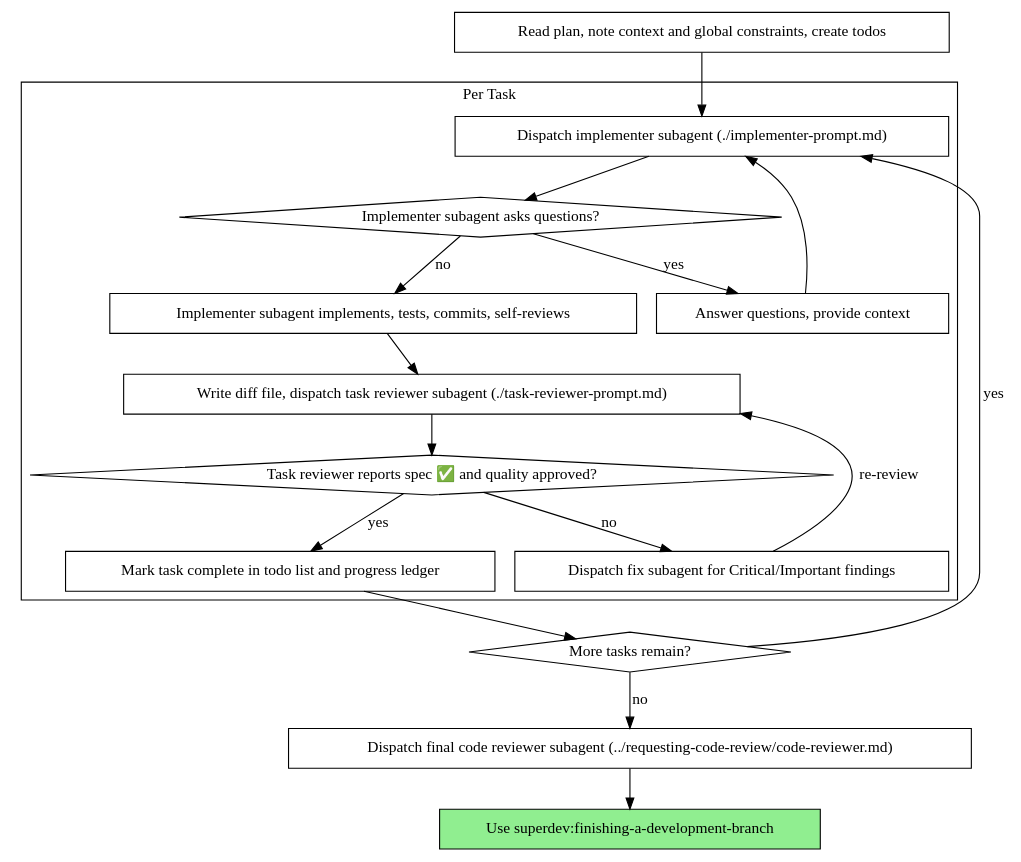
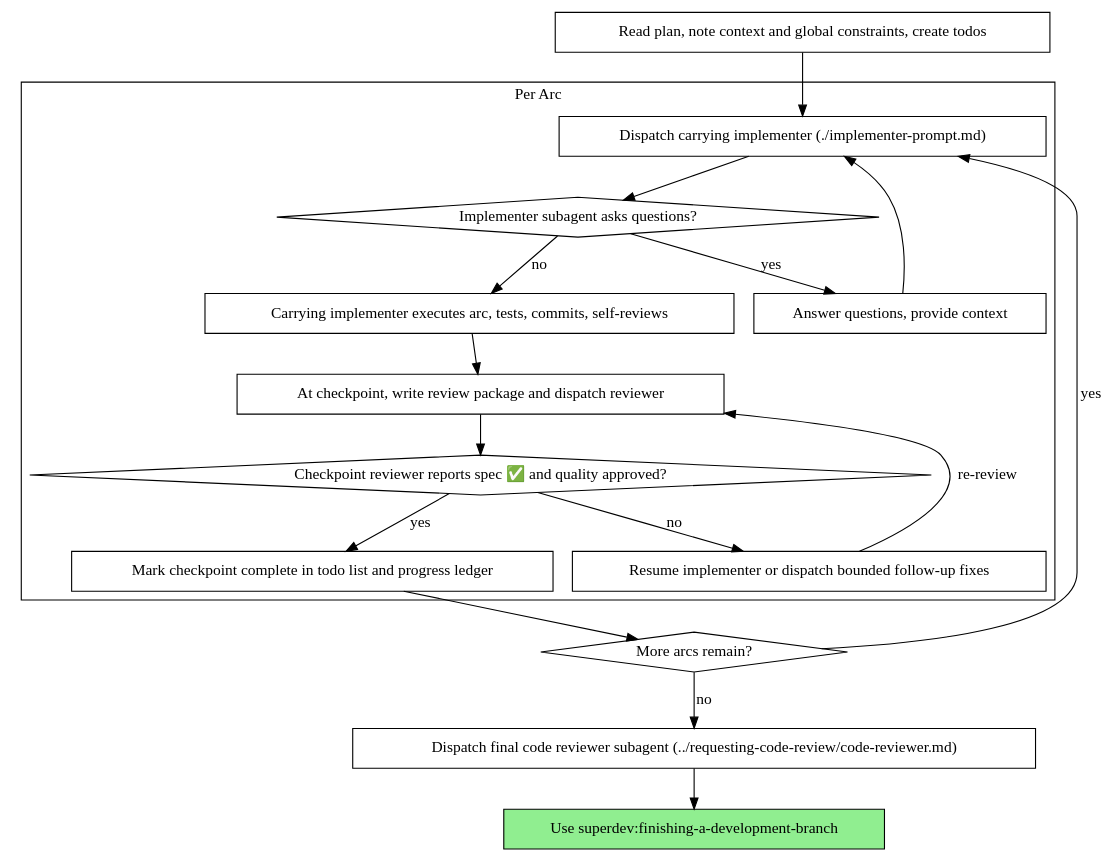
The second of 2 diagrams in skills/subagent-driven-development/SKILL.md (TadasValaitiz/superdev), drawn with Graphviz before and after one commit. The commit also changed other lines of this file and 3 other files, not shown here.

````diff
--- a/skills/subagent-driven-development/SKILL.md
+++ b/skills/subagent-driven-development/SKILL.md
@@ -100,37 +121,37 @@
 ```dot
 digraph process {
     rankdir=TB;
 
-    subgraph cluster_per_task {
-        label="Per Task";
-        "Dispatch implementer subagent (./implementer-prompt.md)" [shape=box];
+    subgraph cluster_per_arc {
+        label="Per Arc";
+        "Dispatch carrying implementer (./implementer-prompt.md)" [shape=box];
         "Implementer subagent asks questions?" [shape=diamond];
         "Answer questions, provide context" [shape=box];
-        "Implementer subagent implements, tests, commits, self-reviews" [shape=box];
-        "Write diff file, dispatch task reviewer subagent (./task-reviewer-prompt.md)" [shape=box];
-        "Task reviewer reports spec ✅ and quality approved?" [shape=diamond];
-        "Dispatch fix subagent for Critical/Important findings" [shape=box];
-        "Mark task complete in todo list and progress ledger" [shape=box];
+        "Carrying implementer executes arc, tests, commits, self-reviews" [shape=box];
+        "At checkpoint, write review package and dispatch reviewer" [shape=box];
+        "Checkpoint reviewer reports spec ✅ and quality approved?" [shape=diamond];
+        "Resume implementer or dispatch bounded follow-up fixes" [shape=box];
+        "Mark checkpoint complete in todo list and progress ledger" [shape=box];
     }
 
     "Read plan, note context and global constraints, create todos" [shape=box];
-    "More tasks remain?" [shape=diamond];
+    "More arcs remain?" [shape=diamond];
     "Dispatch final code reviewer subagent (../requesting-code-review/code-reviewer.md)" [shape=box];
     "Use superdev:finishing-a-development-branch" [shape=box style=filled fillcolor=lightgreen];
 
-    "Read plan, note context and global constraints, create todos" -> "Dispatch implementer subagent (./implementer-prompt.md)";
-    "Dispatch implementer subagent (./implementer-prompt.md)" -> "Implementer subagent asks questions?";
+    "Read plan, note context and global constraints, create todos" -> "Dispatch carrying implementer (./implementer-prompt.md)";
+    "Dispatch carrying implementer (./implementer-prompt.md)" -> "Implementer subagent asks questions?";
     "Implementer subagent asks questions?" -> "Answer questions, provide context" [label="yes"];
-    "Answer questions, provide context" -> "Dispatch implementer subagent (./implementer-prompt.md)";
-    "Implementer subagent asks questions?" -> "Implementer subagent implements, tests, commits, self-reviews" [label="no"];
-    "Implementer subagent implements, tests, commits, self-reviews" -> "Write diff file, dispatch task reviewer subagent (./task-reviewer-prompt.md)";
-    "Write diff file, dispatch task reviewer subagent (./task-reviewer-prompt.md)" -> "Task reviewer reports spec ✅ and quality approved?";
-    "Task reviewer reports spec ✅ and quality approved?" -> "Dispatch fix subagent for Critical/Important findings" [label="no"];
-    "Dispatch fix subagent for Critical/Important findings" -> "Write diff file, dispatch task reviewer subagent (./task-reviewer-prompt.md)" [label="re-review"];
-    "Task reviewer reports spec ✅ and quality approved?" -> "Mark task complete in todo list and progress ledger" [label="yes"];
-    "Mark task complete in todo list and progress ledger" -> "More tasks remain?";
-    "More tasks remain?" -> "Dispatch implementer subagent (./implementer-prompt.md)" [label="yes"];
-    "More tasks remain?" -> "Dispatch final code reviewer subagent (../requesting-code-review/code-reviewer.md)" [label="no"];
+    "Answer questions, provide context" -> "Dispatch carrying implementer (./implementer-prompt.md)";
+    "Implementer subagent asks questions?" -> "Carrying implementer executes arc, tests, commits, self-reviews" [label="no"];
+    "Carrying implementer executes arc, tests, commits, self-reviews" -> "At checkpoint, write review package and dispatch reviewer";
+    "At checkpoint, write review package and dispatch reviewer" -> "Checkpoint reviewer reports spec ✅ and quality approved?";
+    "Checkpoint reviewer reports spec ✅ and quality approved?" -> "Resume implementer or dispatch bounded follow-up fixes" [label="no"];
+    "Resume implementer or dispatch bounded follow-up fixes" -> "At checkpoint, write review package and dispatch reviewer" [label="re-review"];
+    "Checkpoint reviewer reports spec ✅ and quality approved?" -> "Mark checkpoint complete in todo list and progress ledger" [label="yes"];
+    "Mark checkpoint complete in todo list and progress ledger" -> "More arcs remain?";
+    "More arcs remain?" -> "Dispatch carrying implementer (./implementer-prompt.md)" [label="yes"];
+    "More arcs remain?" -> "Dispatch final code reviewer subagent (../requesting-code-review/code-reviewer.md)" [label="no"];
     "Dispatch final code reviewer subagent (../requesting-code-review/code-reviewer.md)" -> "Use superdev:finishing-a-development-branch";
 }
 ```
````
